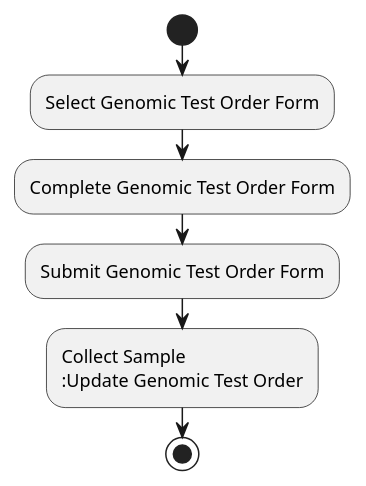
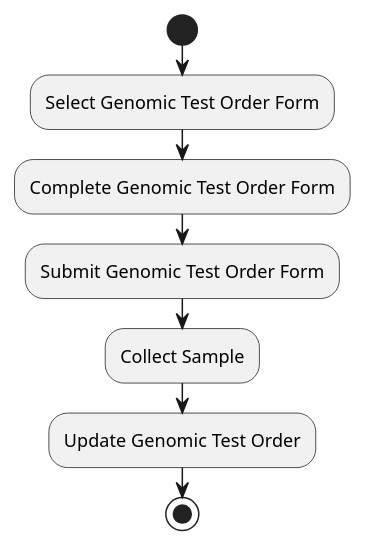
One commit to nw-gmsa/nw-gmsa.github.com changed the diagram in input/images-source/LTW-usecase-1-activity.plantuml. Above: the diagram before and after it, drawn with PlantUML. The commit also changed 5 other files, not shown here.

```diff
--- a/input/images-source/LTW-usecase-1-activity.plantuml
+++ b/input/images-source/LTW-usecase-1-activity.plantuml
@@ -1,11 +1,11 @@
 @startuml
 
 start
 
 :Select Genomic Test Order Form;
 :Complete Genomic Test Order Form;
 :Submit Genomic Test Order Form;
-:Collect Sample
+:Collect Sample;
 :Update Genomic Test Order;
 stop
 @enduml
```
